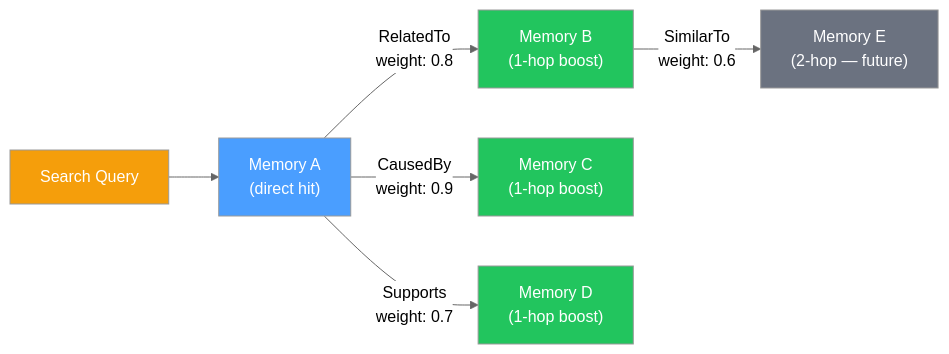
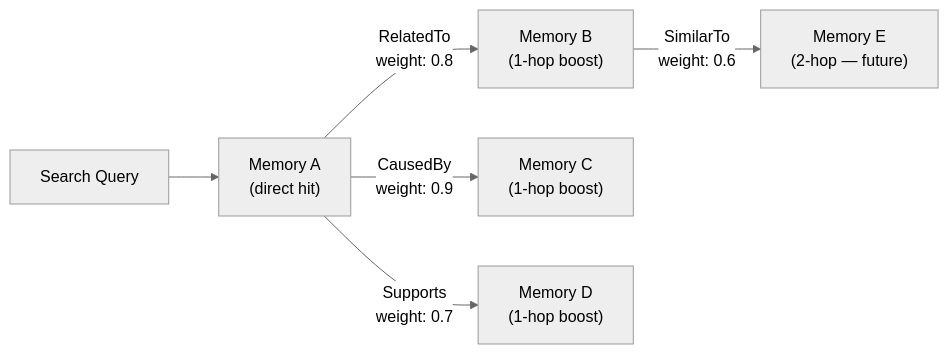
One commit to elisplash/paw changed the third of 18 diagrams in ENGRAM.md. Above: the diagram before and after it, drawn with Mermaid (neutral theme). The commit also changed other lines of this file, not shown here.

Commit message:
docs: add mermaid diagrams throughout ENGRAM.md for visual improvement

````diff
--- a/ENGRAM.md
+++ b/ENGRAM.md
@@ -320,16 +320,10 @@
 ```mermaid
 graph LR
     Q["Search Query"] --> M1["Memory A\n(direct hit)"]
 
     M1 -- "RelatedTo\nweight: 0.8" --> M2["Memory B\n(1-hop boost)"]
     M1 -- "CausedBy\nweight: 0.9" --> M3["Memory C\n(1-hop boost)"]
     M1 -- "Supports\nweight: 0.7" --> M4["Memory D\n(1-hop boost)"]
     M2 -- "SimilarTo\nweight: 0.6" --> M5["Memory E\n(2-hop — future)"]
 
-    style Q fill:#f59e0b,color:#fff
-    style M1 fill:#4a9eff,color:#fff
-    style M2 fill:#22c55e,color:#fff
-    style M3 fill:#22c55e,color:#fff
-    style M4 fill:#22c55e,color:#fff
-    style M5 fill:#6b7280,color:#fff
 ```
````
